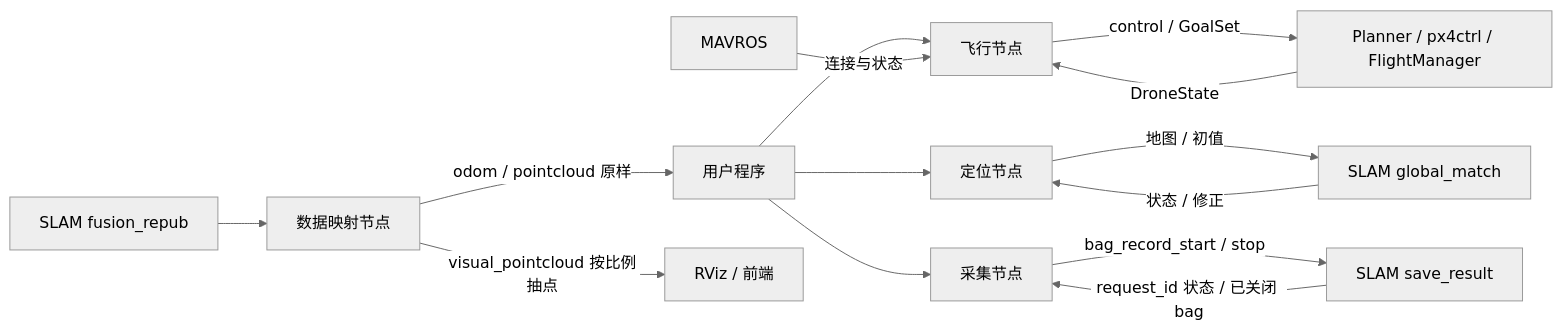
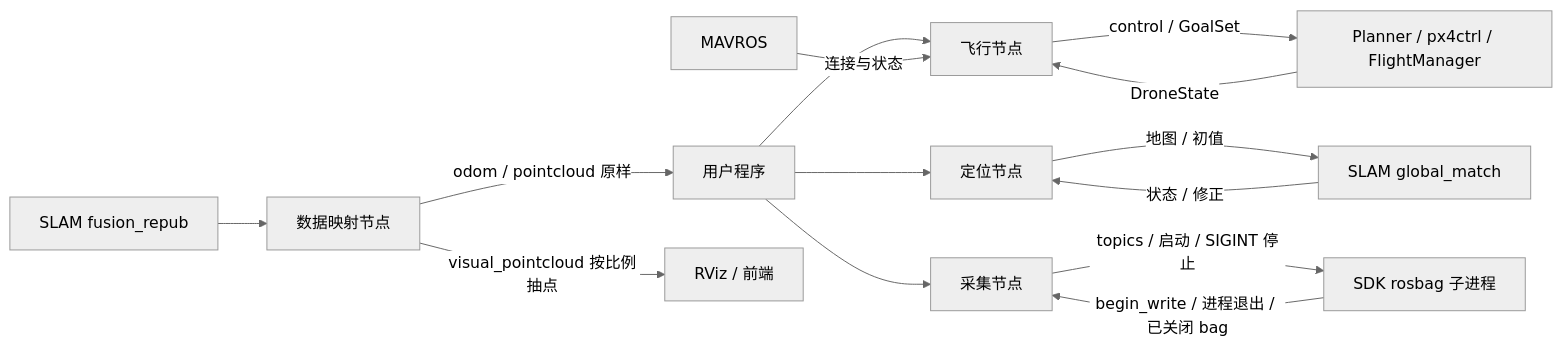
Before and after one commit to QGDuan/Spikive-Control-SDK: the diagram in docs/开发逻辑.md, drawn with Mermaid (neutral theme). The commit also changed other lines of this file and 20 other files, not shown here.

````diff
--- a/docs/开发逻辑.md
+++ b/docs/开发逻辑.md
@@ -14,16 +14,16 @@
 ```mermaid
 flowchart LR
   User[用户程序] --> Flight[飞行节点]
   Flight -->|control / GoalSet| Planner[Planner / px4ctrl / FlightManager]
   Planner -->|DroneState| Flight
   Mavros[MAVROS] -->|连接与状态| Flight
   User --> Loc[定位节点]
   Loc -->|地图 / 初值| Match[SLAM global_match]
   Match -->|状态 / 修正| Loc
   User --> Record[采集节点]
-  Record -->|bag_record_start / stop| Save[SLAM save_result]
-  Save -->|request_id 状态 / 已关闭 bag| Record
+  Record -->|topics / 启动 / SIGINT 停止| Bag[SDK rosbag 子进程]
+  Bag -->|begin_write / 进程退出 / 已关闭 bag| Record
   Fusion[SLAM fusion_repub] --> Data[数据映射节点]
   Data -->|odom / pointcloud 原样| User
   Data -->|visual_pointcloud 按比例抽点| Viewer[RViz / 前端]
 ```
````
